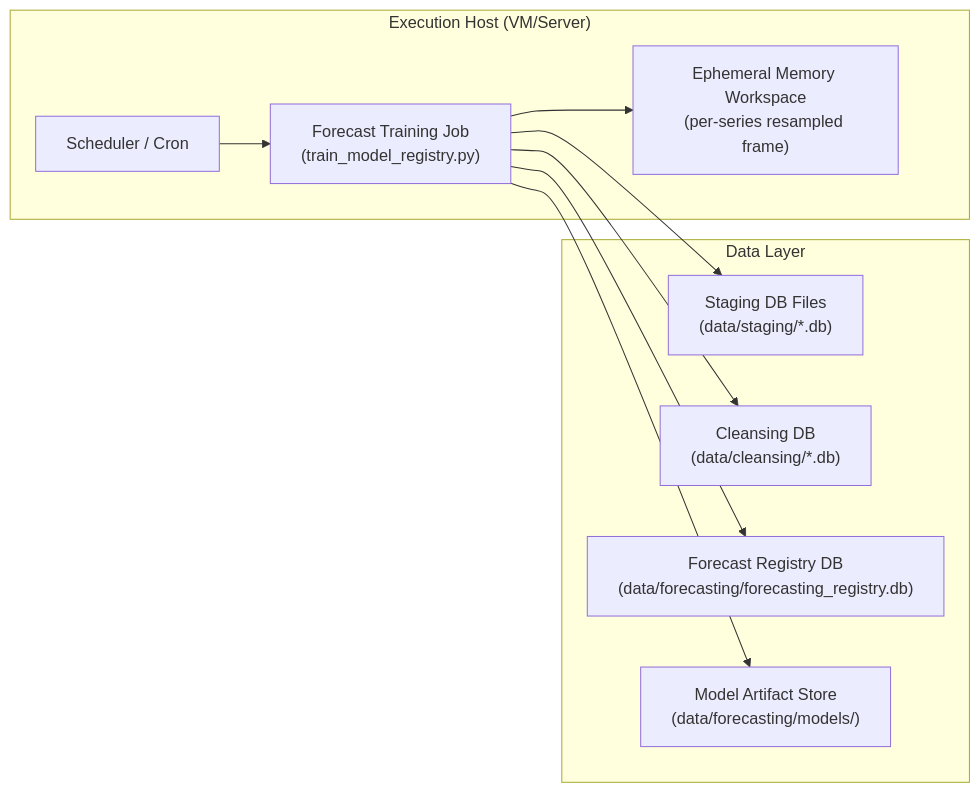
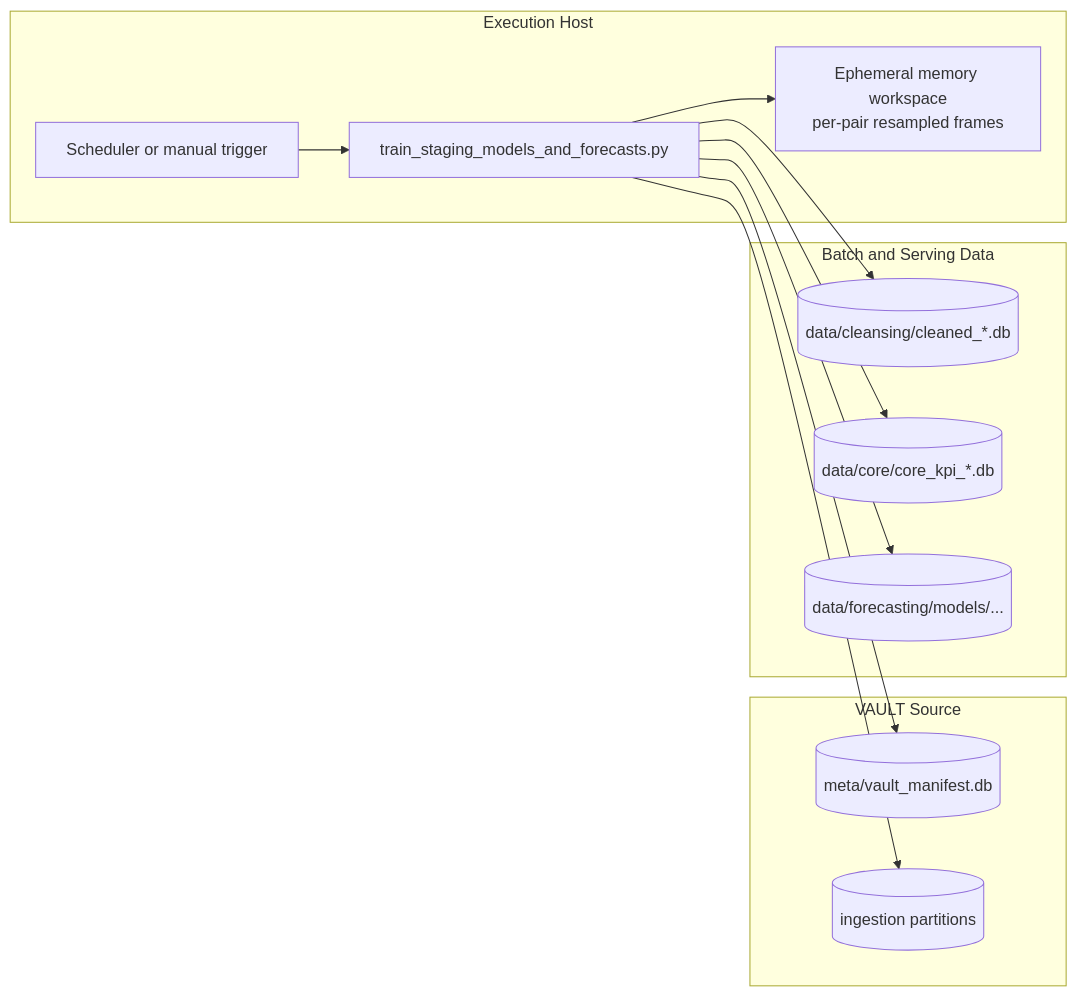
Before and after one commit to laiki/crypto_DWH: the diagram in diagrams/6_forecasting/uml_deployment_forecasting_training_runtime.mmd, drawn with Mermaid. The commit also changed 172 other files, not shown here.

Commit message:
implementation of the new architecture

```diff
--- a/diagrams/6_forecasting/uml_deployment_forecasting_training_runtime.mmd
+++ b/diagrams/6_forecasting/uml_deployment_forecasting_training_runtime.mmd
@@ -1,20 +1,25 @@
 flowchart LR
-    subgraph HOST["Execution Host (VM/Server)"]
-        SCHED["Scheduler / Cron"]
-        TRAINJOB["Forecast Training Job<br/>(train_model_registry.py)"]
-        TMP["Ephemeral Memory Workspace<br/>(per-series resampled frame)"]
+    subgraph HOST["Execution Host"]
+        SCHED["Scheduler or manual trigger"]
+        TRAINJOB["train_staging_models_and_forecasts.py"]
+        TMP["Ephemeral memory workspace<br/>per-pair resampled frames"]
     end
 
-    subgraph DATA["Data Layer"]
-        STAGEDB["Staging DB Files<br/>(data/staging/*.db)"]
-        CLEANDB["Cleansing DB<br/>(data/cleansing/*.db)"]
-        REGDB["Forecast Registry DB<br/>(data/forecasting/forecasting_registry.db)"]
-        MODELSTORE["Model Artifact Store<br/>(data/forecasting/models/)"]
+    subgraph VAULT["VAULT Source"]
+        MAN[(meta/vault_manifest.db)]
+        PART[(ingestion partitions)]
+    end
+
+    subgraph DATA["Batch and Serving Data"]
+        CLEANDB[(data/cleansing/cleaned_*.db)]
+        COREDB[(data/core/core_kpi_*.db)]
+        MODELSTORE[(data/forecasting/models/...)]
     end
 
     SCHED --> TRAINJOB
-    TRAINJOB --> STAGEDB
+    TRAINJOB --> MAN
+    TRAINJOB --> PART
     TRAINJOB --> CLEANDB
     TRAINJOB --> TMP
-    TRAINJOB --> REGDB
+    TRAINJOB --> COREDB
     TRAINJOB --> MODELSTORE
```
